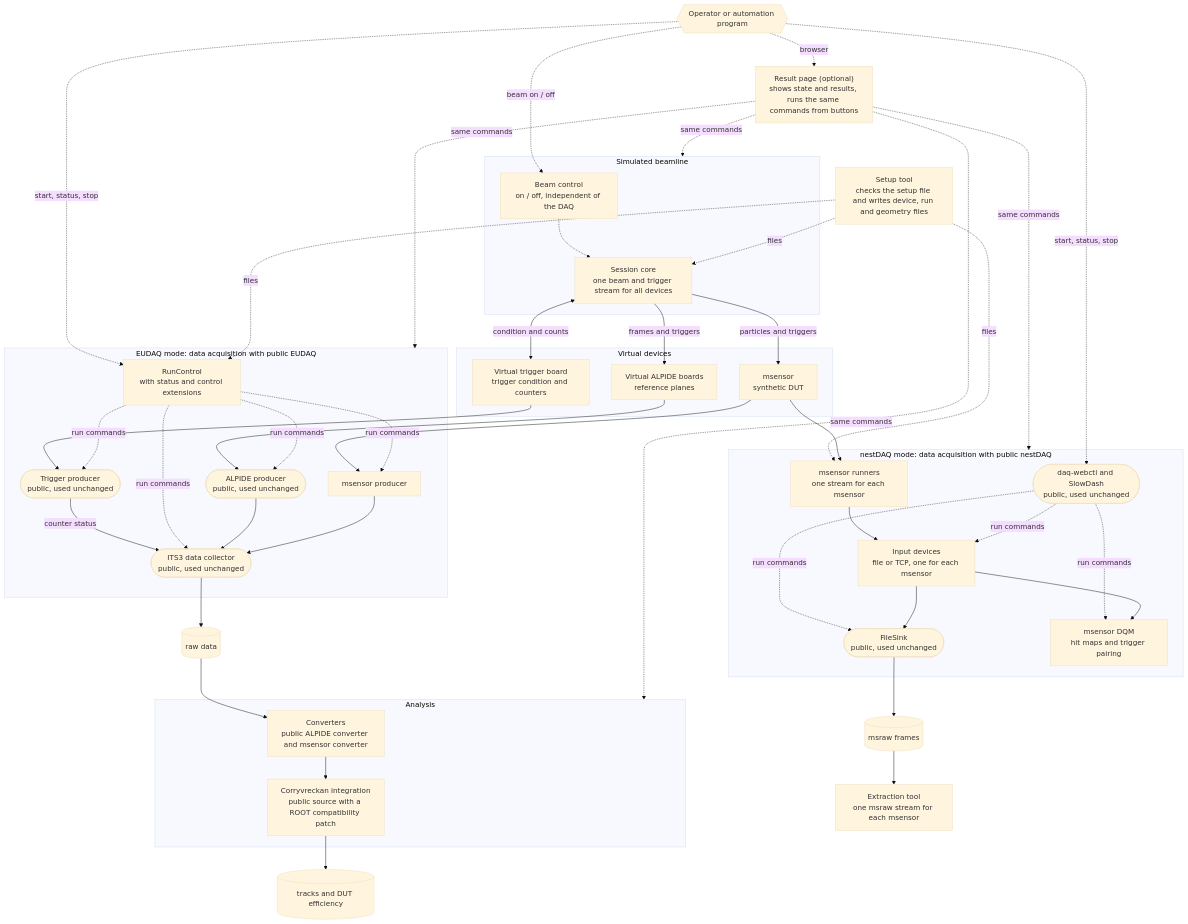
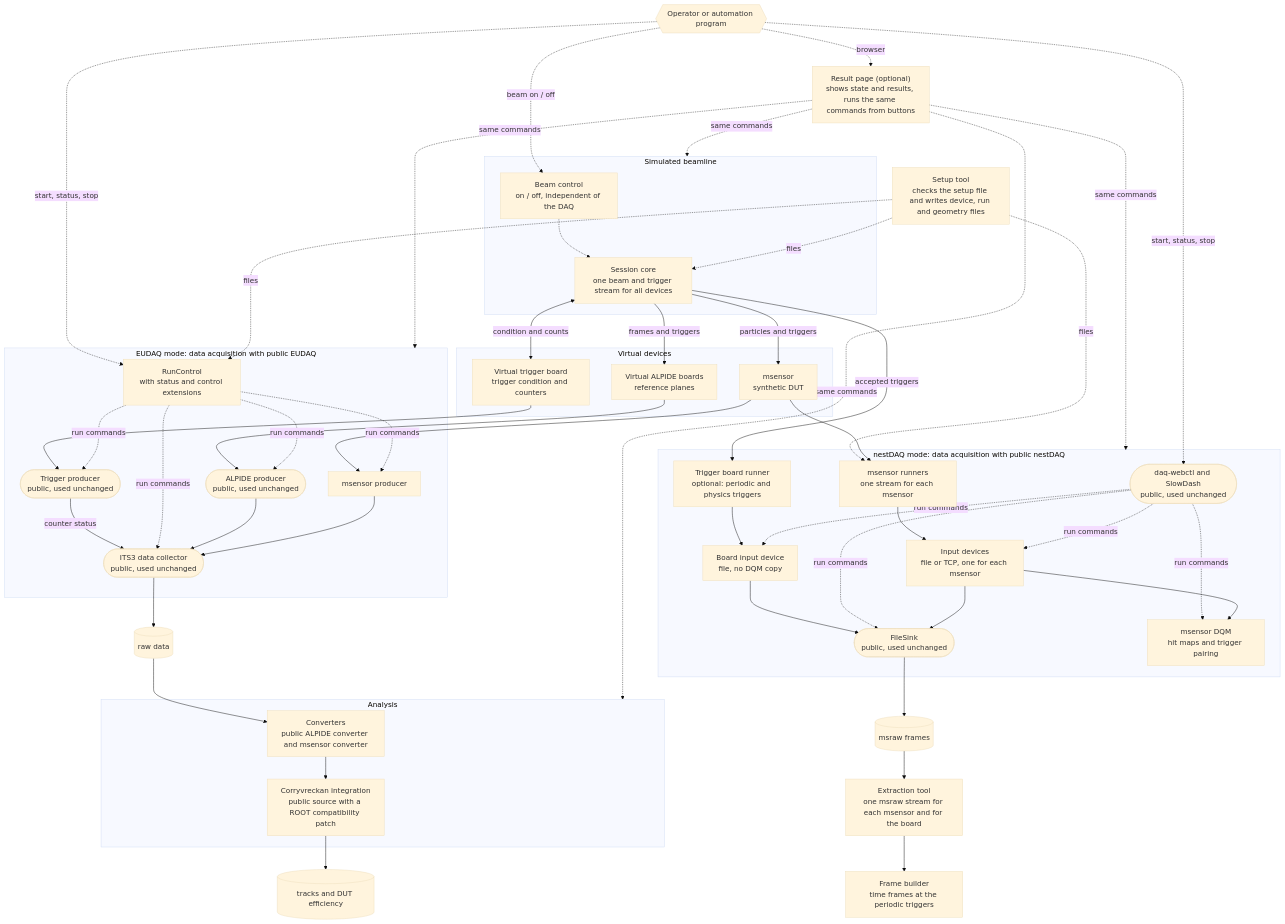
The diagram in README.md (BongHwi/test-beam-sandbox), drawn with Mermaid (base theme) before and after one commit. The commit also changed other lines of this file and 2 other files, not shown here.

Commit message:
Describe the trigger board and the frame builder in the READMEs

````diff
--- a/README.md
+++ b/README.md
@@ -267,6 +273,8 @@
 
     subgraph NDQ["nestDAQ mode: data acquisition with public nestDAQ"]
         ru["msensor runners<br/>one stream for each msensor"]
+        br["Trigger board runner<br/>optional: periodic and physics triggers"]
+        bsrc["Board input device<br/>file, no DQM copy"]
         src["Input devices<br/>file or TCP, one for each msensor"]
         fs(["FileSink<br/>public, used unchanged"])
         dqm["msensor DQM<br/>hit maps and trigger pairing"]
@@ -274,7 +282,8 @@
     end
 
     frames[("msraw frames")]
-    ext["Extraction tool<br/>one msraw stream for each msensor"]
+    ext["Extraction tool<br/>one msraw stream for each msensor and for the board"]
+    fb["Frame builder<br/>time frames at the periodic triggers"]
 
     op -. "beam on / off" .-> bc
     op -. "start, status, stop" .-> rc
@@ -305,6 +314,10 @@
     corry --> res
     ms --> ru
     ru --> src
+    core -- "accepted triggers" --> br
+    br --> bsrc
+    bsrc --> fs
+    wc -. "run commands" .-> bsrc
     wc -. "run commands" .-> src
     wc -. "run commands" .-> fs
     wc -. "run commands" .-> dqm
@@ -312,4 +325,5 @@
     src --> dqm
     fs --> frames
     frames --> ext
+    ext --> fb
 ```
````
